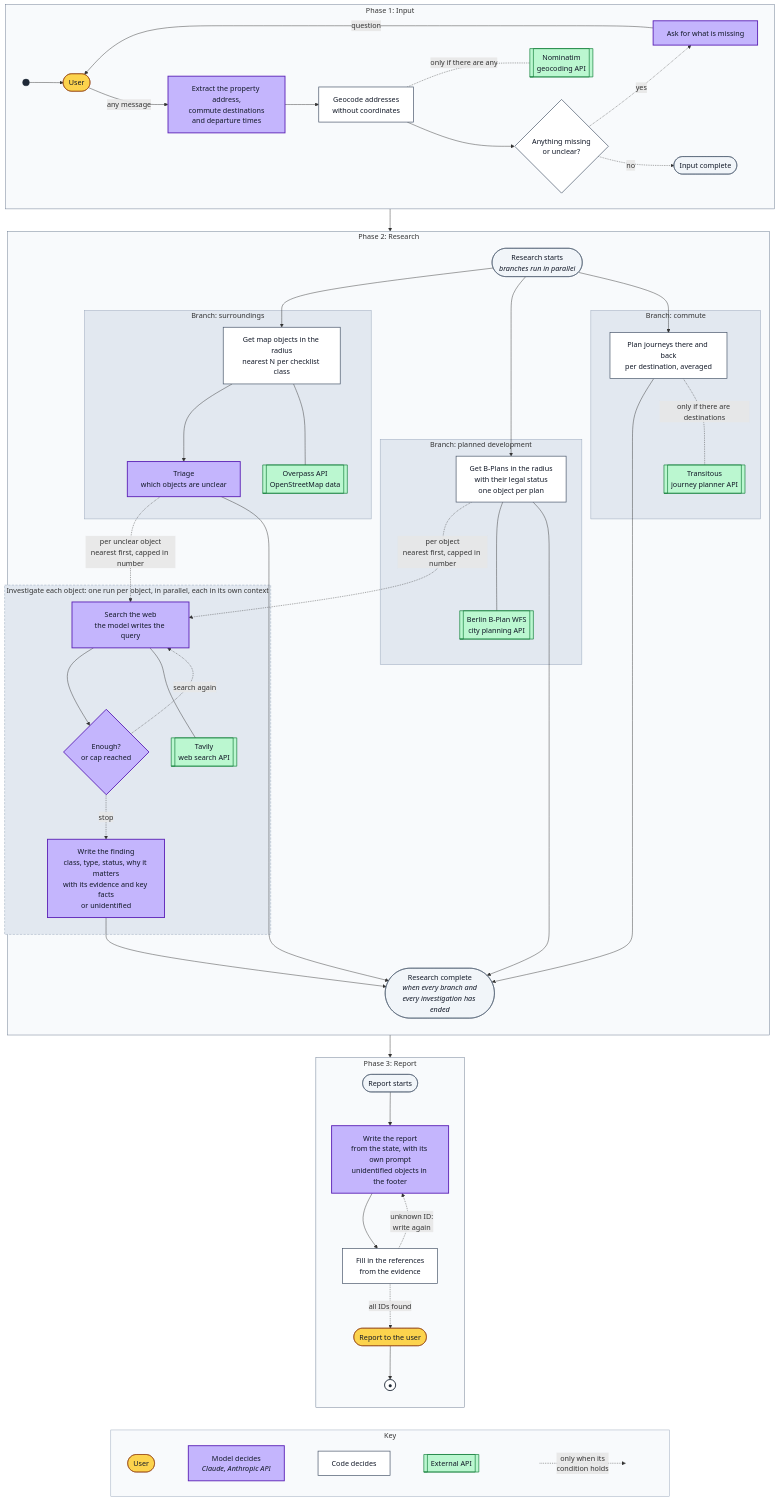
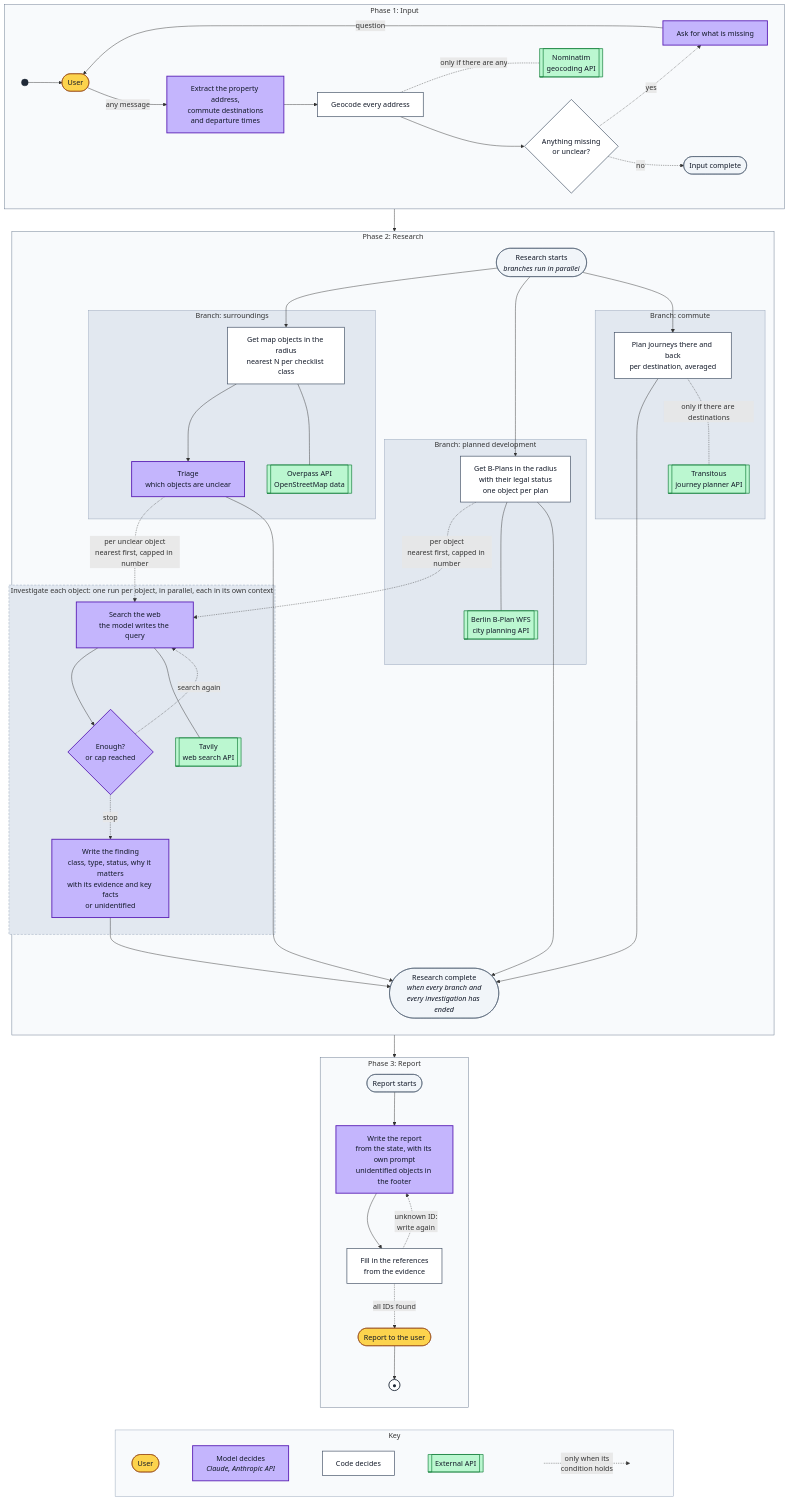
The first of 2 diagrams in docs/architecture.md (avashchenkov/out-of-frame), drawn with Mermaid before and after one commit. The commit also changed other lines of this file, not shown here.

Commit message:
docs: clarify the input wording and geocode every address

```diff
--- a/docs/architecture.md
+++ b/docs/architecture.md
@@ -11,7 +12,7 @@
         START((" ")):::start
         U(["User"]):::human
         M["Extract the property address,<br/>commute destinations<br/>and departure times"]:::model
-        G["Geocode addresses<br/>without coordinates"]:::code
+        G["Geocode every address"]:::code
         NOM[["Nominatim<br/>geocoding API"]]:::ext
         C{"Anything missing<br/>or unclear?"}:::code
         A["Ask for what is missing"]:::model
```
